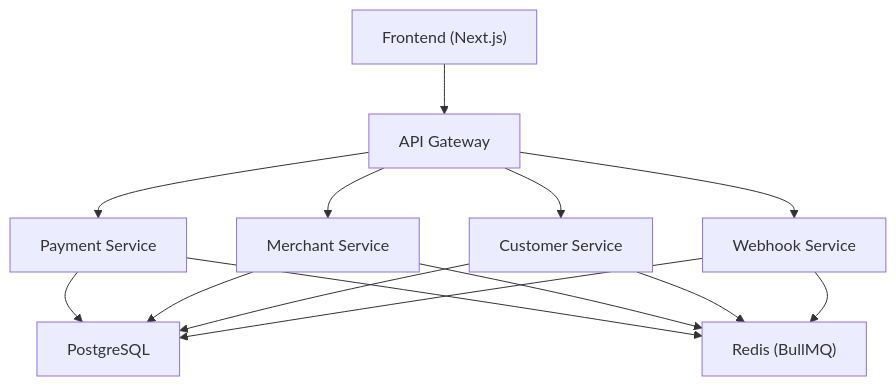
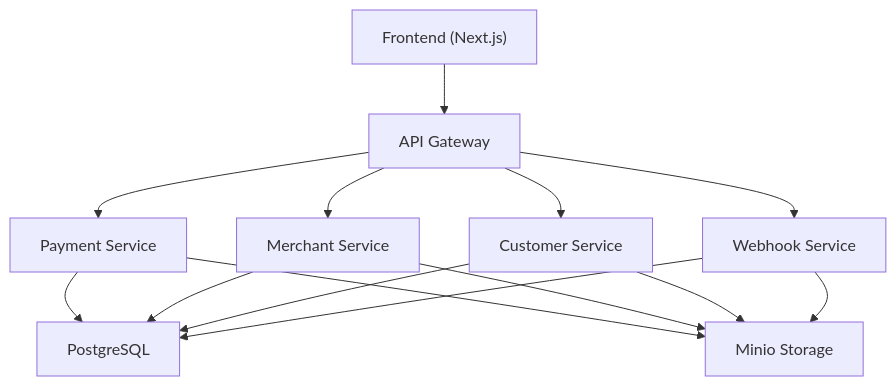
One commit to ADORSYS-GIS/iwym-backend changed the first of 3 diagrams in docs/ARC42.md. Above: the diagram before and after it, drawn with Mermaid. The commit also changed other lines of this file and 2 other files, not shown here.

````diff
--- a/docs/ARC42.md
+++ b/docs/ARC42.md
@@ -103,16 +154,16 @@
 ```mermaid
 graph TD
     A[API Gateway] --> B[Payment Service]
-    A --> C["Merchant Service"]
-    A --> D["Customer Service"]
+    A --> C[Merchant Service]
+    A --> D[Customer Service]
     A --> E[Webhook Service]
-    B --> F["PostgreSQL"]
+    B --> F[PostgreSQL]
     C --> F
     D --> F
     E --> F
-    B --> G["Redis (BullMQ)"]
+    B --> G[Minio Storage]
     C --> G
     D --> G
     E --> G
     H["Frontend (Next.js)"] --> A
 ```
````
